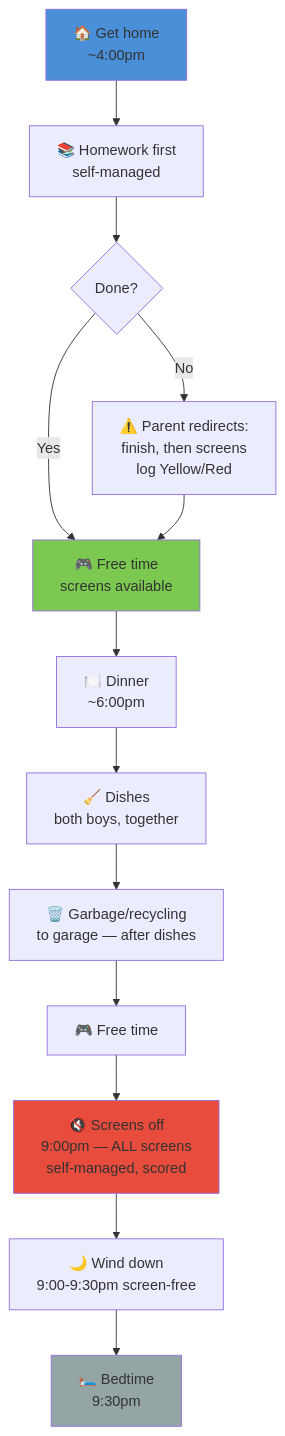
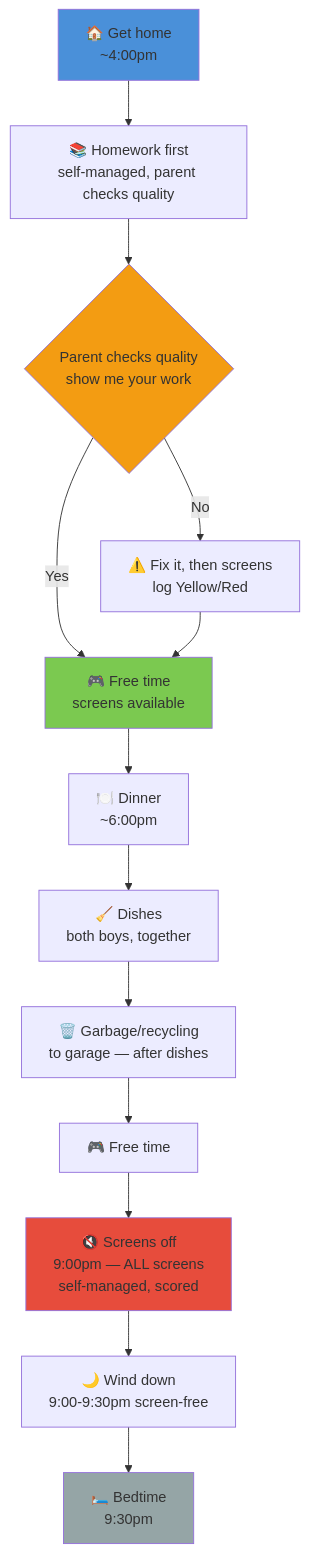
One commit to ajass/technology-reset changed the second of 2 diagrams in day-types/04-school-day.md. Above: the diagram before and after it, drawn with Mermaid. The commit also changed other lines of this file and 8 other files, not shown here.

First line of the commit message:
Homework quality stays parent-checked in both phases

````diff
--- a/day-types/04-school-day.md
+++ b/day-types/04-school-day.md
@@ -48,20 +48,21 @@
 ```mermaid
 flowchart TD
-    A["🏠 Get home<br/>~4:00pm"] --> B["📚 Homework first<br/>self-managed"]
-    B --> C{"Done?"}
+    A["🏠 Get home<br/>~4:00pm"] --> B["📚 Homework first<br/>self-managed, parent checks quality"]
+    B --> C{"Parent checks quality<br/>show me your work"}
     C -->|Yes| D["🎮 Free time<br/>screens available"]
-    C -->|No| E["⚠️ Parent redirects:<br/>finish, then screens<br/>log Yellow/Red"]
+    C -->|No| E["⚠️ Fix it, then screens<br/>log Yellow/Red"]
     E --> D
     D --> F["🍽️ Dinner<br/>~6:00pm"]
     F --> H["🧹 Dishes<br/>both boys, together"]
     H --> I["🗑️ Garbage/recycling<br/>to garage — after dishes"]
     I --> J["🎮 Free time"]
     J --> K["🔇 Screens off<br/>9:00pm — ALL screens<br/>self-managed, scored"]
     K --> L["🌙 Wind down<br/>9:00-9:30pm screen-free"]
     L --> M["🛏️ Bedtime<br/>9:30pm"]
 
     style A fill:#4a90d9
+    style C fill:#f39c12
     style D fill:#7bc950
     style K fill:#e74c3c
     style M fill:#95a5a6
 ```
````
